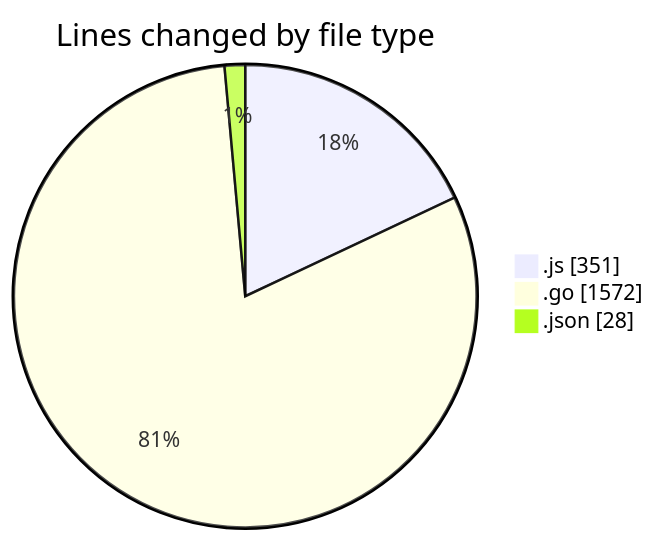
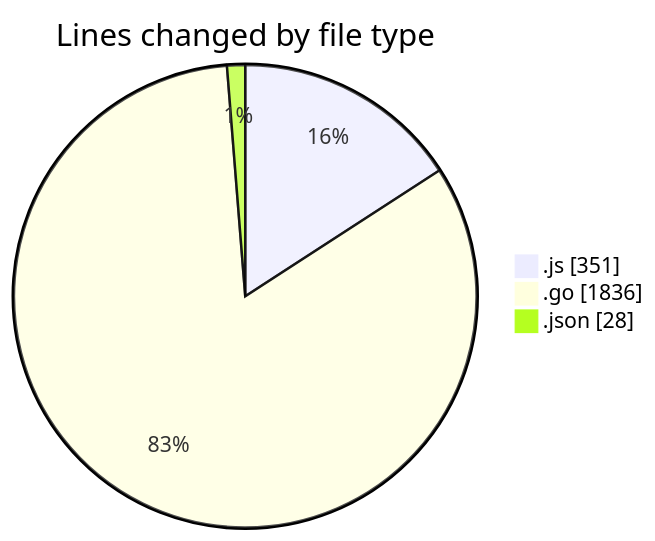
Before and after one commit to robertbonfada/code-tracking: the first of 2 diagrams in 2025-03-04/simulador-serial/README.md, drawn with Mermaid. The commit also changed other lines of this file and 1 other file, not shown here.

````diff
--- a/2025-03-04/simulador-serial/README.md
+++ b/2025-03-04/simulador-serial/README.md
@@ -25,7 +27,7 @@
 ```mermaid
 pie showData
 title Lines changed by file type
 ".js" : 351
-".go" : 1572
+".go" : 1836
 ".json" : 28
 ```
````
